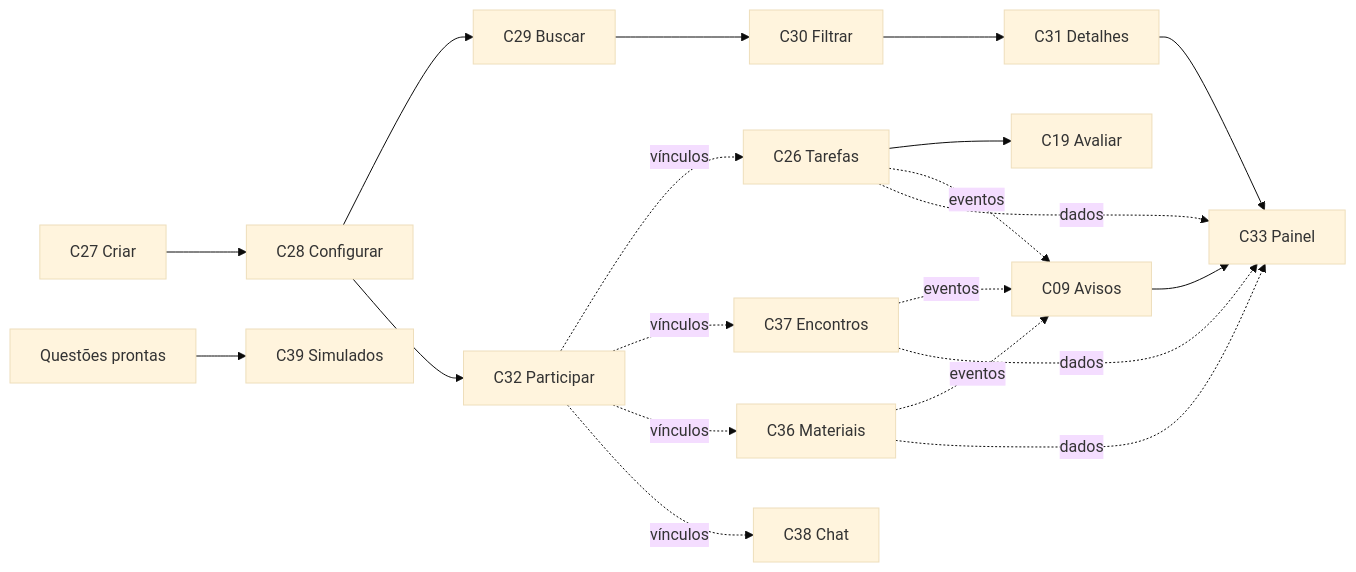
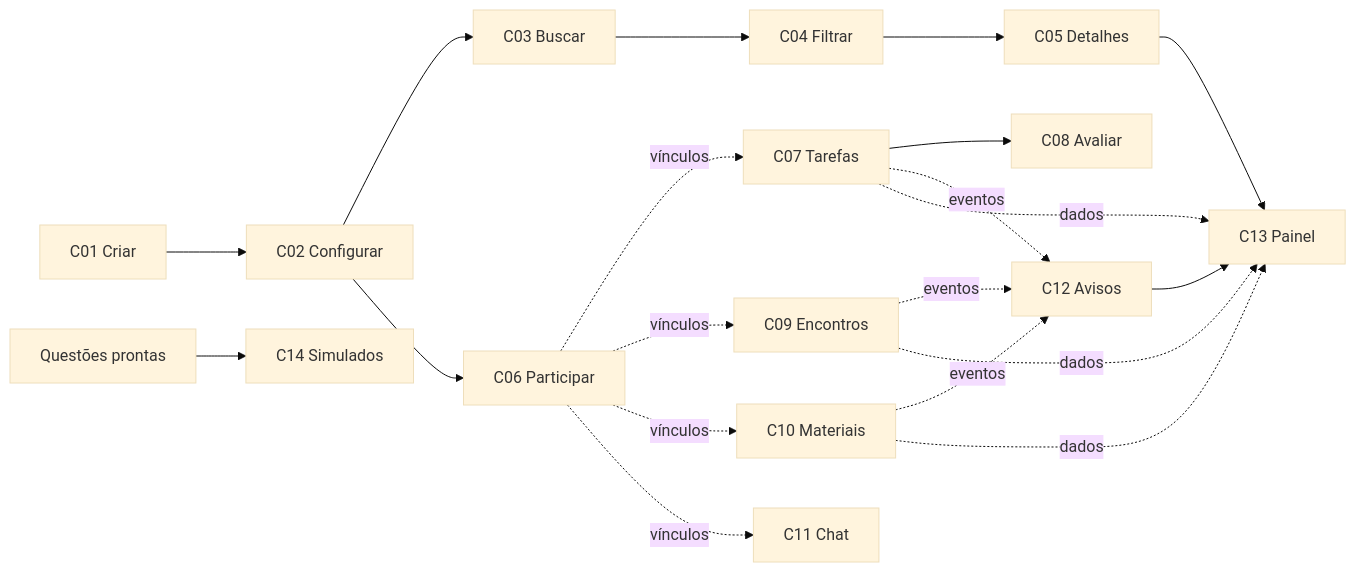
Before and after one commit to viabdon/Projeto-Eng-Software-1-2026: the diagram in docs/PLANEJAMENTO.md, drawn with Mermaid (base theme). The commit also changed other lines of this file and 117 other files, not shown here.

````diff
--- a/docs/PLANEJAMENTO.md
+++ b/docs/PLANEJAMENTO.md
@@ -40,22 +61,22 @@
 ```mermaid
 flowchart LR
-  C27[C27 Criar] --> C28[C28 Configurar]
-  C28 --> C29[C29 Buscar]
-  C29 --> C30[C30 Filtrar]
-  C30 --> C31[C31 Detalhes]
-  C28 --> C32[C32 Participar]
-  C32 -. vínculos .-> C26[C26 Tarefas]
-  C26 --> C19[C19 Avaliar]
-  C32 -. vínculos .-> C37[C37 Encontros]
-  C32 -. vínculos .-> C36[C36 Materiais]
-  C32 -. vínculos .-> C38[C38 Chat]
-  C26 -. eventos .-> C09[C09 Avisos]
-  C37 -. eventos .-> C09
-  C36 -. eventos .-> C09
-  C31 --> C33[C33 Painel]
-  C09 --> C33
-  C26 -. dados .-> C33
-  C37 -. dados .-> C33
-  C36 -. dados .-> C33
-  Mock[Questões prontas] --> C39[C39 Simulados]
+  C01[C01 Criar] --> C02[C02 Configurar]
+  C02 --> C03[C03 Buscar]
+  C03 --> C04[C04 Filtrar]
+  C04 --> C05[C05 Detalhes]
+  C02 --> C06[C06 Participar]
+  C06 -. vínculos .-> C07[C07 Tarefas]
+  C07 --> C08[C08 Avaliar]
+  C06 -. vínculos .-> C09[C09 Encontros]
+  C06 -. vínculos .-> C10[C10 Materiais]
+  C06 -. vínculos .-> C11[C11 Chat]
+  C07 -. eventos .-> C12[C12 Avisos]
+  C09 -. eventos .-> C12
+  C10 -. eventos .-> C12
+  C05 --> C13[C13 Painel]
+  C12 --> C13
+  C07 -. dados .-> C13
+  C09 -. dados .-> C13
+  C10 -. dados .-> C13
+  Mock[Questões prontas] --> C14[C14 Simulados]
 ```
````
